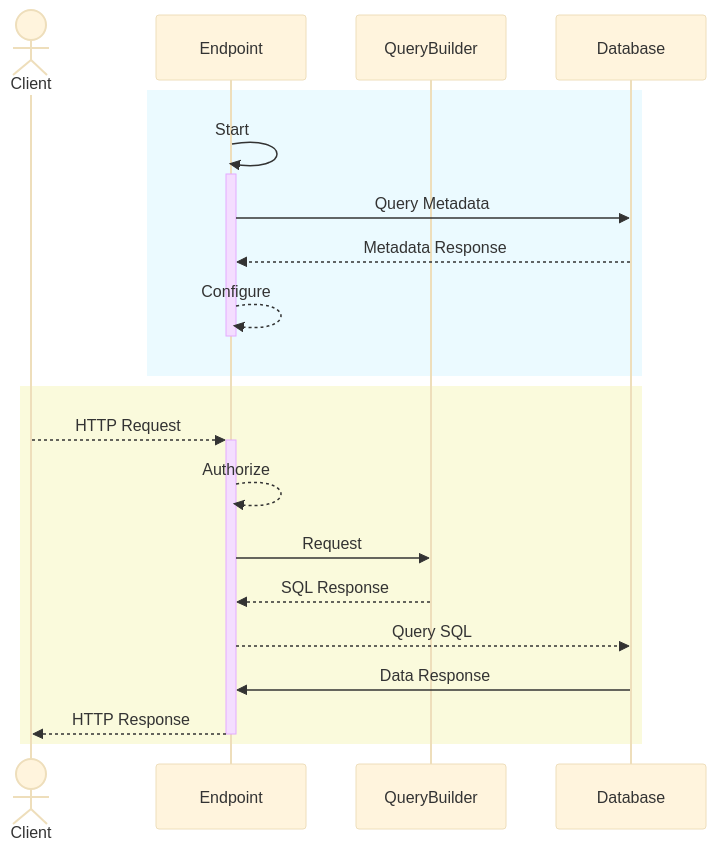
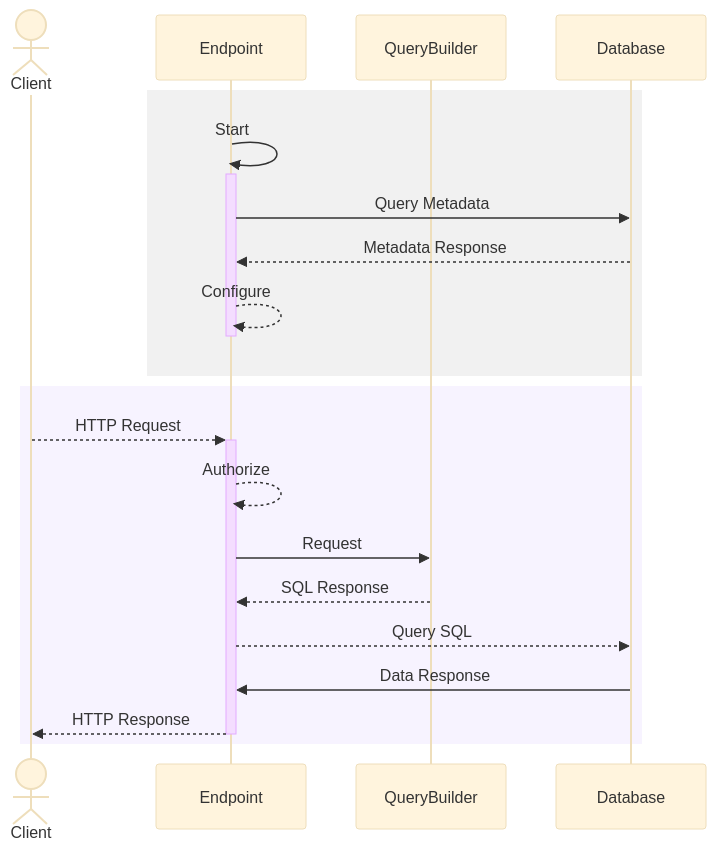
One commit to Azure/data-api-builder changed the diagram in README.md. Above: the diagram before and after it, drawn with Mermaid (base theme).

Commit message:
Handling dark theme

````diff
--- a/README.md
+++ b/README.md
@@ -199,26 +199,26 @@
 ```mermaid
 sequenceDiagram
   actor Client as Client
   participant Endpoint as Endpoint
   participant QueryBuilder as QueryBuilder
   participant DB as Database
 
-  %% Initialization / Warming up section
-  rect rgb(235, 250, 255)
+  %% Initialization / Warming up section (light grey)
+  rect rgba(120,120,120,0.10)
     Endpoint ->>+ Endpoint: Start
     Endpoint ->> DB: Query Metadata
     DB -->> Endpoint: Metadata Response
     Endpoint -->>- Endpoint: Configure
   end
 
-  %% Request/Response section
-  rect rgb(250, 250, 220)
+  %% Request/Response section (very light purple)
+  rect rgba(180,150,255,0.11)
     Client -->>+ Endpoint: HTTP Request
       Endpoint -->> Endpoint: Authorize
     Endpoint ->> QueryBuilder: Request
     QueryBuilder -->> Endpoint: SQL Response
       Endpoint -->> DB: Query SQL
       DB ->> Endpoint: Data Response
     Endpoint -->>- Client: HTTP Response
   end
 ```
````
